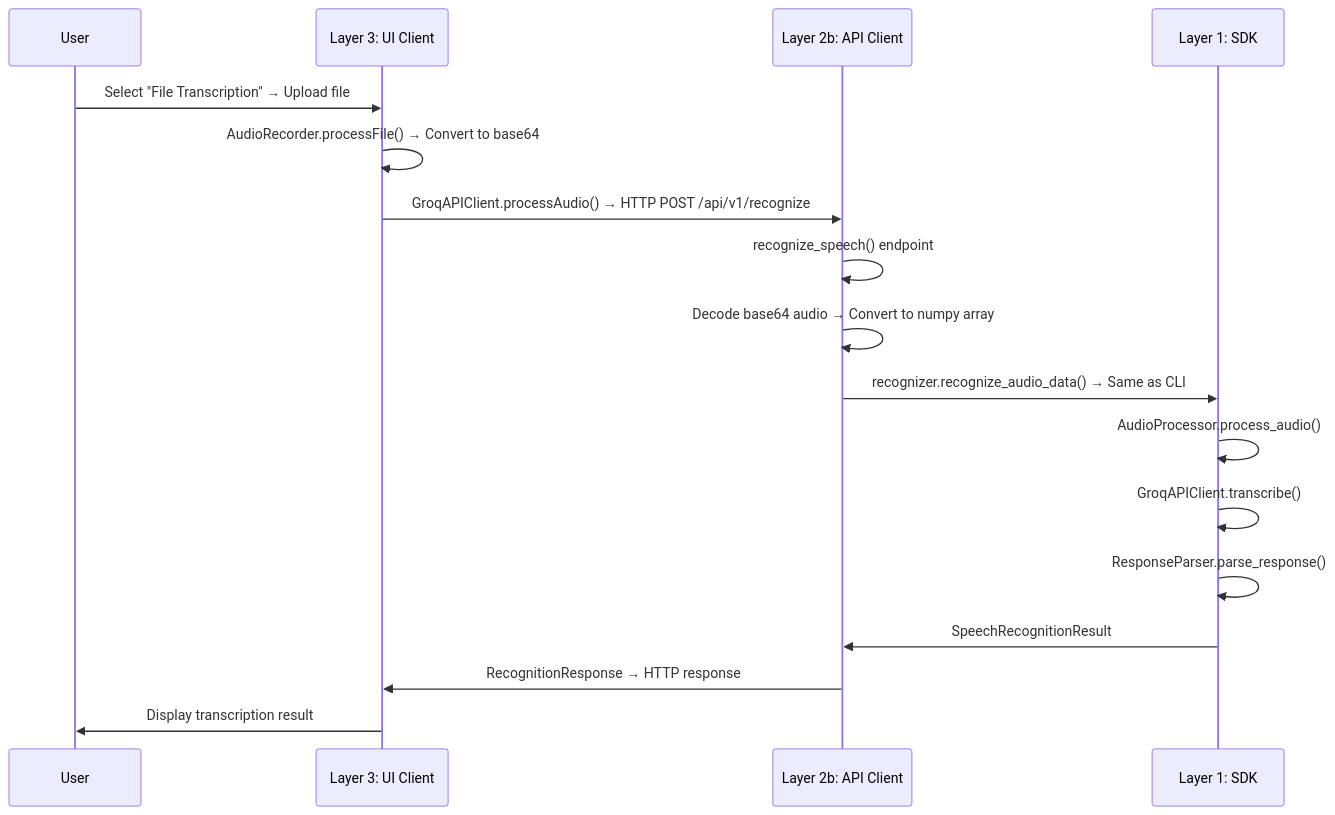
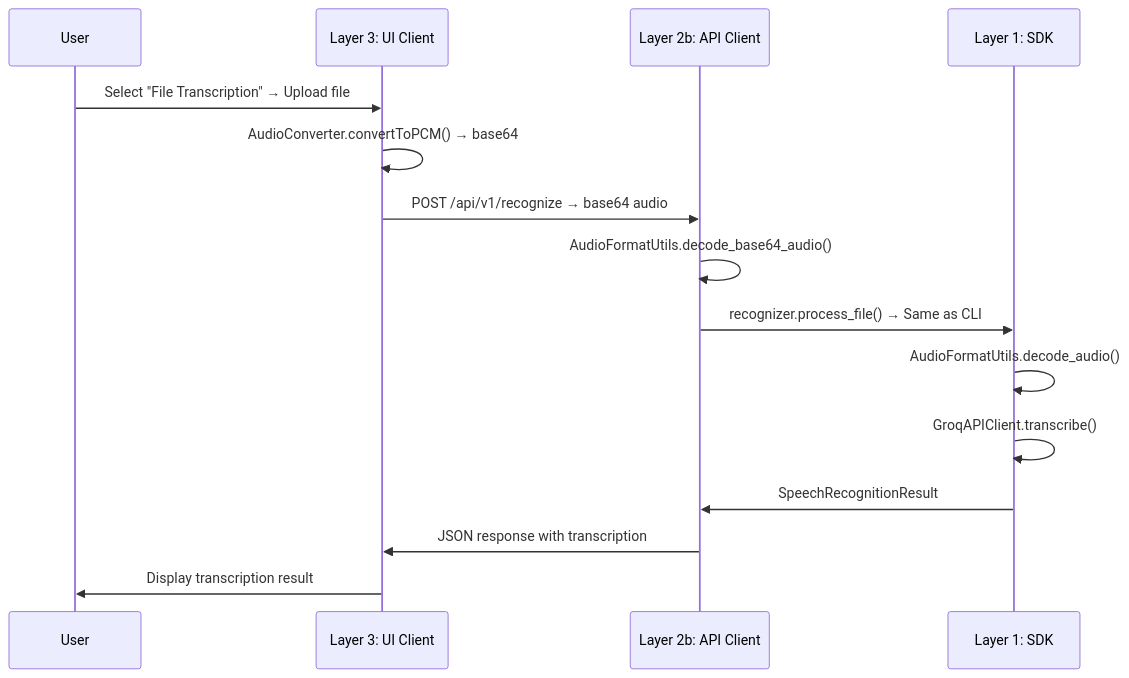
One commit to sreenivasmrpivot/groq-speech changed the sixth of 8 diagrams in docs/ARCHITECTURE.md. Above: the diagram before and after it, drawn with Mermaid. The commit also changed other lines of this file and 13 other files, not shown here.

````diff
--- a/docs/ARCHITECTURE.md
+++ b/docs/ARCHITECTURE.md
@@ -165,20 +193,18 @@
 ```mermaid
 sequenceDiagram
     participant User
     participant UI as Layer 3: UI Client
     participant API as Layer 2b: API Client
     participant SDK as Layer 1: SDK
     
     User->>UI: Select "File Transcription" → Upload file
-    UI->>UI: AudioRecorder.processFile() → Convert to base64
-    UI->>API: GroqAPIClient.processAudio() → HTTP POST /api/v1/recognize
-    API->>API: recognize_speech() endpoint
-    API->>API: Decode base64 audio → Convert to numpy array
-    API->>SDK: recognizer.recognize_audio_data() → Same as CLI
-    SDK->>SDK: AudioProcessor.process_audio()
+    UI->>UI: AudioConverter.convertToPCM() → base64
+    UI->>API: POST /api/v1/recognize → base64 audio
+    API->>API: AudioFormatUtils.decode_base64_audio()
+    API->>SDK: recognizer.process_file() → Same as CLI
+    SDK->>SDK: AudioFormatUtils.decode_audio()
     SDK->>SDK: GroqAPIClient.transcribe()
-    SDK->>SDK: ResponseParser.parse_response()
     SDK->>API: SpeechRecognitionResult
-    API->>UI: RecognitionResponse → HTTP response
+    API->>UI: JSON response with transcription
     UI->>User: Display transcription result
 ```
````
